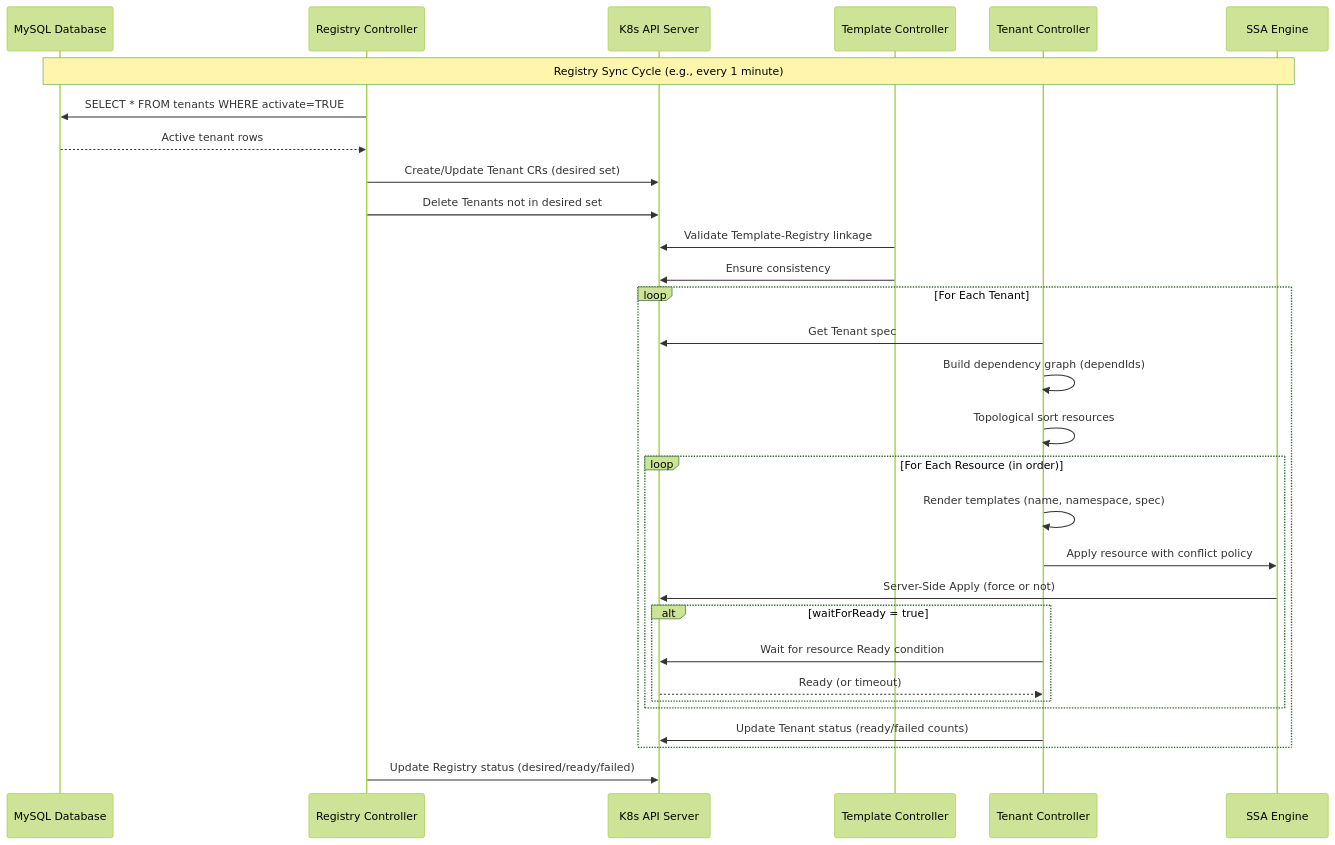
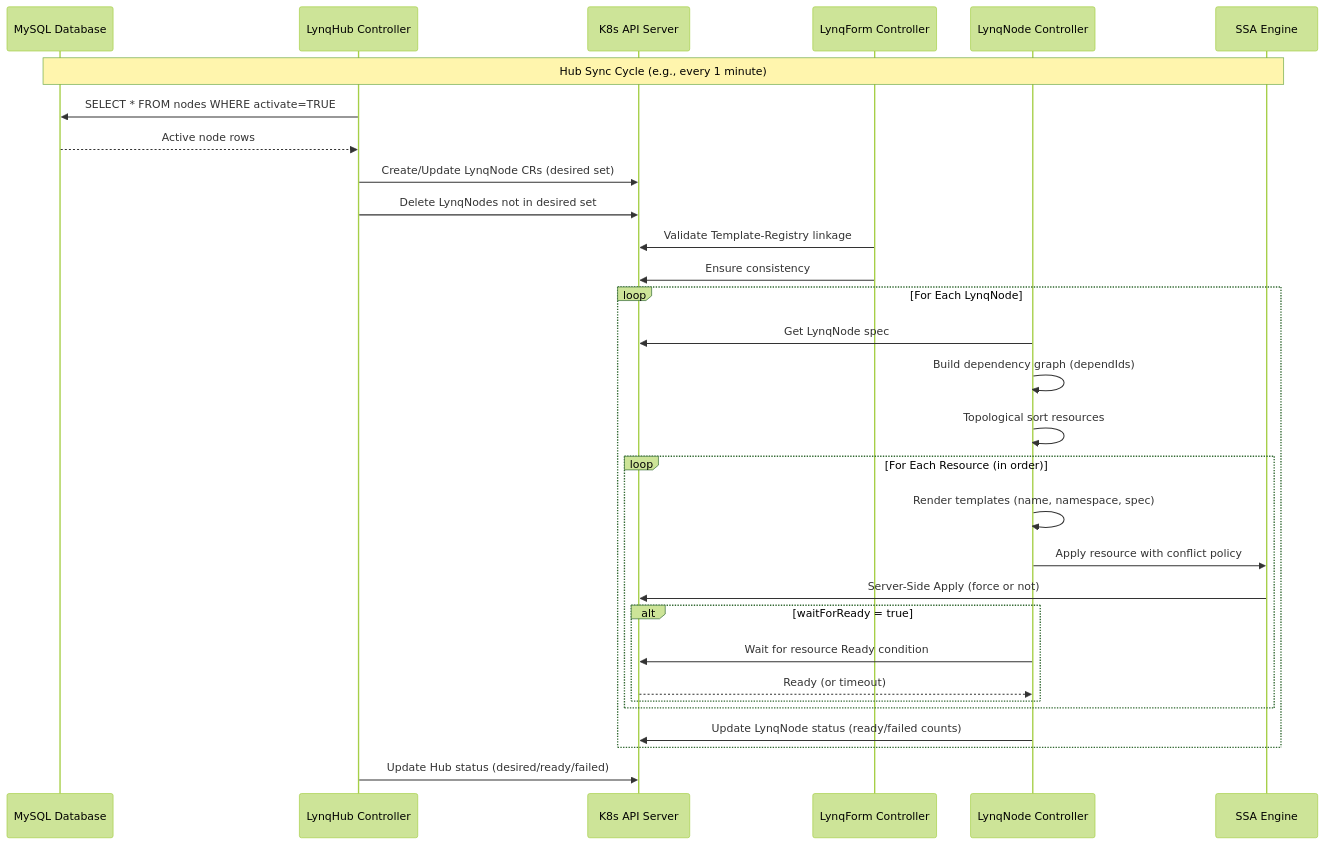
Before and after one commit to kubernetes-tenants/tenant-operator: the second of 2 diagrams in docs/architecture.md, drawn with Mermaid (forest theme). The commit also changed other lines of this file and 203 other files, not shown here.

First line of the commit message:
feat!: Complete terminology migration from tenant-operator to Lynq

````diff
--- a/docs/architecture.md
+++ b/docs/architecture.md
@@ -86,41 +86,41 @@
 ```mermaid
 sequenceDiagram
     participant DB as MySQL Database
-    participant RC as Registry Controller
+    participant RC as LynqHub Controller
     participant API as K8s API Server
-    participant TC as Template Controller
-    participant TNC as Tenant Controller
+    participant TC as LynqForm Controller
+    participant TNC as LynqNode Controller
     participant SSA as SSA Engine
 
-    Note over DB,SSA: Registry Sync Cycle (e.g., every 1 minute)
+    Note over DB,SSA: Hub Sync Cycle (e.g., every 1 minute)
 
-    RC->>DB: SELECT * FROM tenants WHERE activate=TRUE
-    DB-->>RC: Active tenant rows
+    RC->>DB: SELECT * FROM nodes WHERE activate=TRUE
+    DB-->>RC: Active node rows
 
-    RC->>API: Create/Update Tenant CRs (desired set)
-    RC->>API: Delete Tenants not in desired set
+    RC->>API: Create/Update LynqNode CRs (desired set)
+    RC->>API: Delete LynqNodes not in desired set
 
     TC->>API: Validate Template-Registry linkage
     TC->>API: Ensure consistency
 
-    loop For Each Tenant
-        TNC->>API: Get Tenant spec
+    loop For Each LynqNode
+        TNC->>API: Get LynqNode spec
         TNC->>TNC: Build dependency graph (dependIds)
         TNC->>TNC: Topological sort resources
 
         loop For Each Resource (in order)
             TNC->>TNC: Render templates (name, namespace, spec)
             TNC->>SSA: Apply resource with conflict policy
             SSA->>API: Server-Side Apply (force or not)
 
             alt waitForReady = true
                 TNC->>API: Wait for resource Ready condition
                 API-->>TNC: Ready (or timeout)
             end
         end
 
-        TNC->>API: Update Tenant status (ready/failed counts)
+        TNC->>API: Update LynqNode status (ready/failed counts)
     end
 
-    RC->>API: Update Registry status (desired/ready/failed)
+    RC->>API: Update Hub status (desired/ready/failed)
 ```
````
